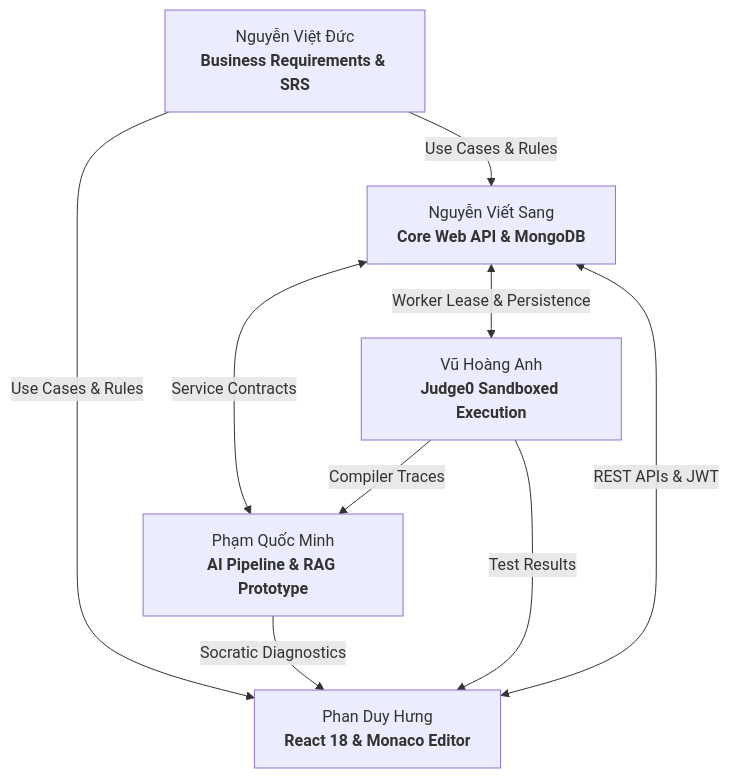
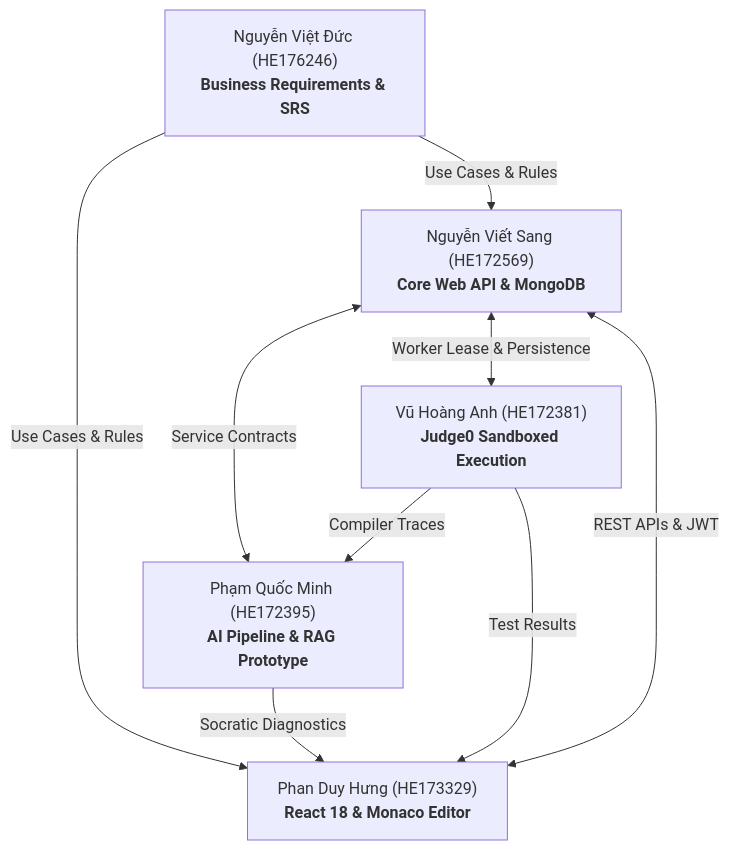
The diagram in docs/TEAM_CONTRIBUTIONS.md (SEP490-G26/APE), drawn with Mermaid before and after one commit. The commit also changed other lines of this file and 2 other files, not shown here.

````diff
--- a/docs/TEAM_CONTRIBUTIONS.md
+++ b/docs/TEAM_CONTRIBUTIONS.md
@@ -225,16 +211,16 @@
 ```mermaid
 flowchart TD
-    BA["Nguyễn Việt Đức<br/><b>Business Requirements & SRS</b>"]
-    FE["Phan Duy Hưng<br/><b>React 18 & Monaco Editor</b>"]
-    FS["Nguyễn Viết Sang<br/><b>Core Web API & MongoDB</b>"]
-    AI["Phạm Quốc Minh<br/><b>AI Pipeline & RAG Prototype</b>"]
-    JD["Vũ Hoàng Anh<br/><b>Judge0 Sandboxed Execution</b>"]
+    BA["Nguyễn Việt Đức (HE176246)<br/><b>Business Requirements & SRS</b>"]
+    FE["Phan Duy Hưng (HE173329)<br/><b>React 18 & Monaco Editor</b>"]
+    FS["Nguyễn Viết Sang (HE172569)<br/><b>Core Web API & MongoDB</b>"]
+    AI["Phạm Quốc Minh (HE172395)<br/><b>AI Pipeline & RAG Prototype</b>"]
+    JD["Vũ Hoàng Anh (HE172381)<br/><b>Judge0 Sandboxed Execution</b>"]
 
     BA -->|Use Cases & Rules| FS & FE
     FE <-->|REST APIs & JWT| FS
     FS <-->|Service Contracts| AI
     FS <-->|Worker Lease & Persistence| JD
     JD -->|Compiler Traces| AI
     AI -->|Socratic Diagnostics| FE
     JD -->|Test Results| FE
 ```
````
